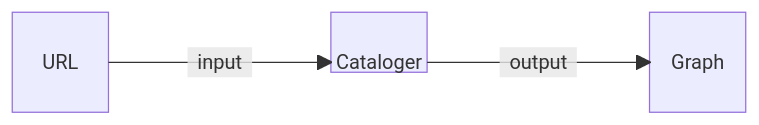
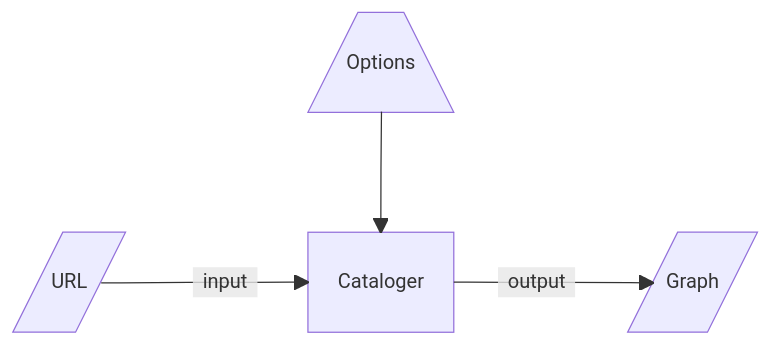
One commit to asimov-specs/asimov-specs changed the diagram in program-patterns/diagrams/cataloger.mmd. Above: the diagram before and after it, drawn with Mermaid. The commit also changed 19 other files, not shown here.

Commit message:
Enhance the data flow diagrams.

```diff
--- a/program-patterns/diagrams/cataloger.mmd
+++ b/program-patterns/diagrams/cataloger.mmd
@@ -1,11 +1,19 @@
+---
+title: Data flow for catalogers
+---
 block-beta
-    columns 7
-    URL space:2 Cataloger space:2 Graph
-    URL-- "input" -->Cataloger
-    Cataloger-- "output" -->Graph
+  classDef block height:48px,padding:8px;
 
-    classDef block height:48px,padding:8px;
-    classDef hidden visibility:none;
-    class Cataloger block
-    class URL hidden
-    class Graph hidden
+  columns 5
+  space:2 Options space:2
+  space:5
+  Input space Program space Output
+
+  Options --> Program
+  Input-- "input" -->Program
+  Program-- "output" -->Output
+
+  Options[/"Options"\]
+  Program["Cataloger"]
+  Input[/"URL"/]
+  Output[/"Graph"/]
```
